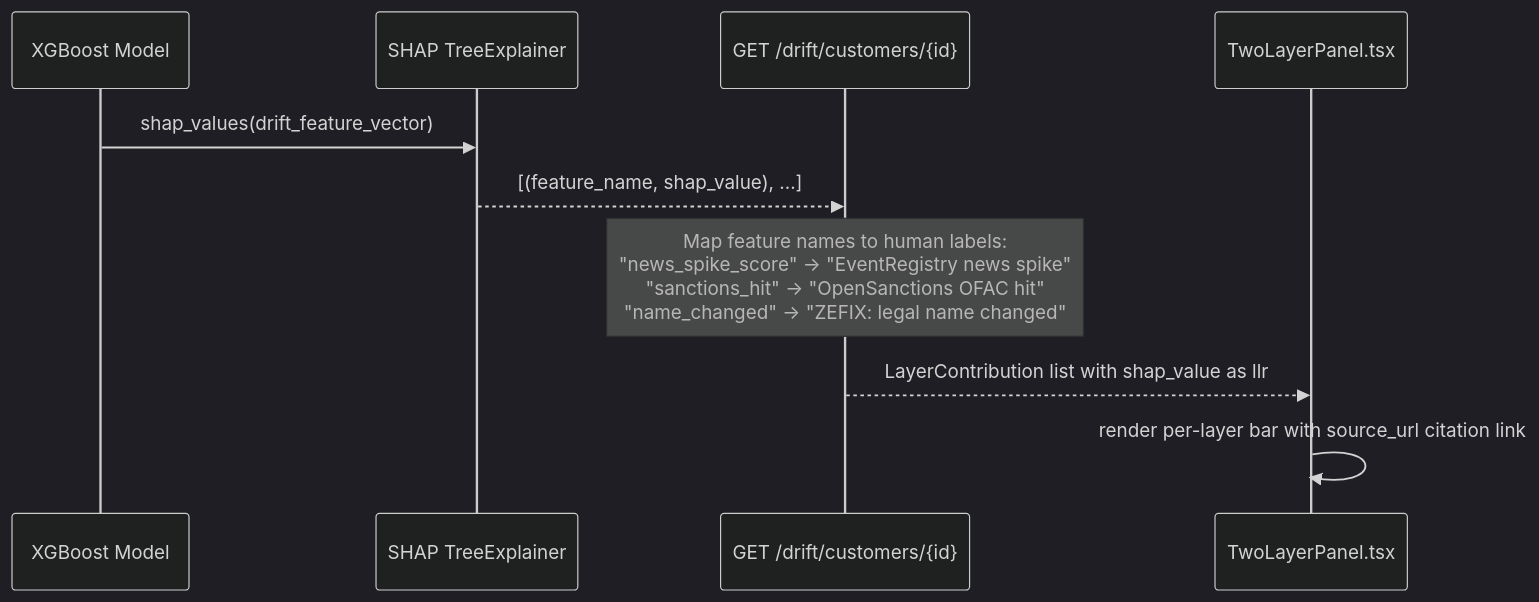
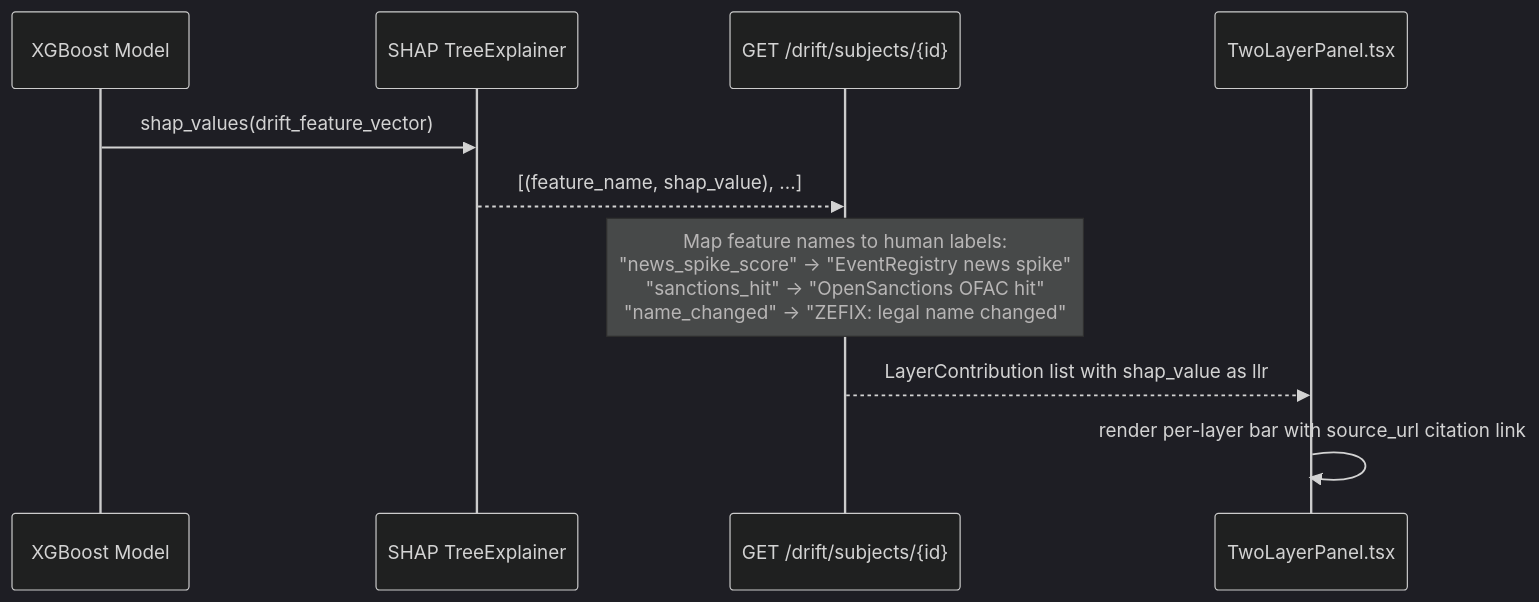
Before and after one commit to SteveDok22/Swisshacks-2026: diagram 16 of 19 in docs/source-integration-architecture.md, drawn with Mermaid (dark theme). The commit also changed other lines of this file and 45 other files, not shown here.

````diff
--- a/docs/source-integration-architecture.md
+++ b/docs/source-integration-architecture.md
@@ -533,13 +533,13 @@
 ```mermaid
 sequenceDiagram
     participant XGB as XGBoost Model
     participant SHAP as SHAP TreeExplainer
-    participant API as GET /drift/customers/{id}
+    participant API as GET /drift/subjects/{id}
     participant UI as TwoLayerPanel.tsx
 
     XGB->>SHAP: shap_values(drift_feature_vector)
     SHAP-->>API: [(feature_name, shap_value), ...]
     Note over API: Map feature names to human labels:<br/>"news_spike_score" → "EventRegistry news spike"<br/>"sanctions_hit" → "OpenSanctions OFAC hit"<br/>"name_changed" → "ZEFIX: legal name changed"
     API-->>UI: LayerContribution list with shap_value as llr
     UI->>UI: render per-layer bar with source_url citation link
 ```
````
